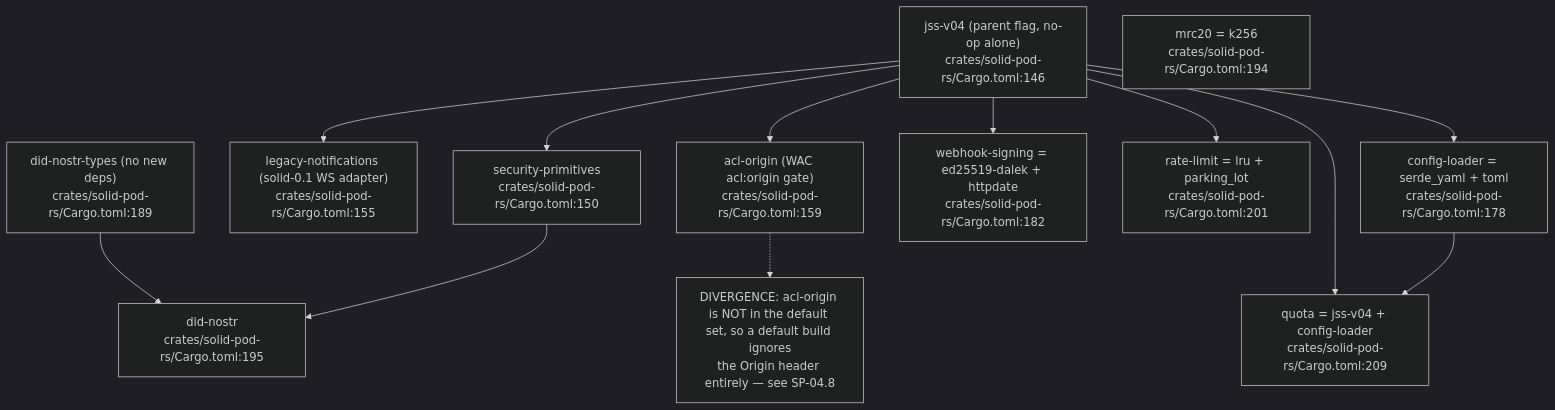
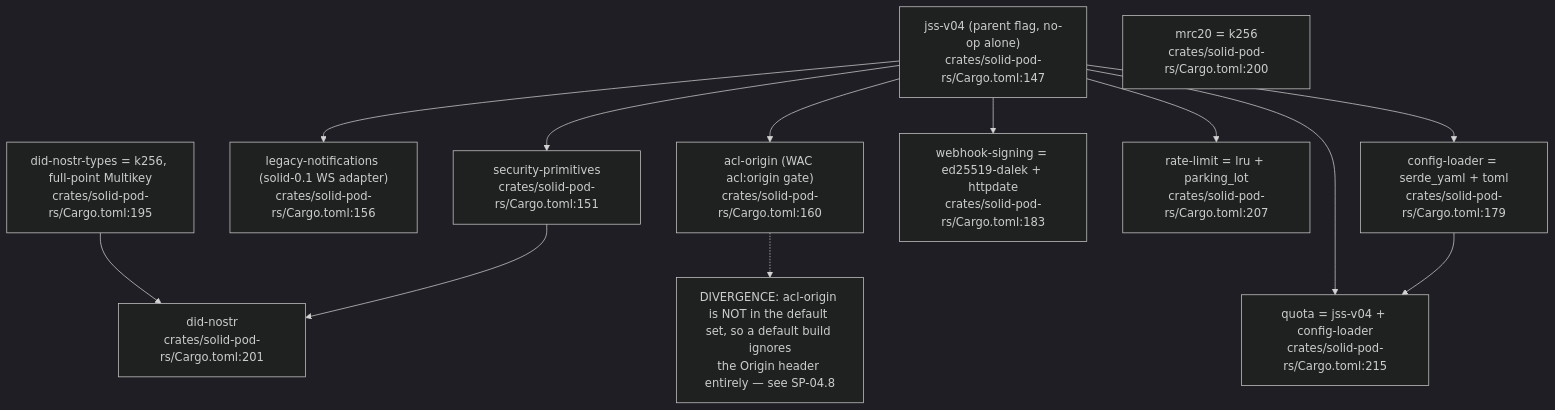
The fifth of 12 diagrams in docs/diagrams/solid-pod-rs/01-workspace-composition.md (DreamLab-AI/VisionFlow), drawn with Mermaid (dark theme) before and after one commit. The commit also changed other lines of this file and 94 other files, not shown here.

First line of the commit message:
docs(diagrams): re-verify 130 topics against 2 October HEADs

````diff
--- a/docs/diagrams/solid-pod-rs/01-workspace-composition.md
+++ b/docs/diagrams/solid-pod-rs/01-workspace-composition.md
@@ -155,28 +158,28 @@
 ```mermaid
 flowchart TD
-    JSS["jss-v04 (parent flag, no-op alone)<br/>crates/solid-pod-rs/Cargo.toml:146"]
-    SP["security-primitives<br/>crates/solid-pod-rs/Cargo.toml:150"]
-    LEG["legacy-notifications (solid-0.1 WS adapter)<br/>crates/solid-pod-rs/Cargo.toml:155"]
-    ORG["acl-origin (WAC acl:origin gate)<br/>crates/solid-pod-rs/Cargo.toml:159"]
-    CFGL["config-loader = serde_yaml + toml<br/>crates/solid-pod-rs/Cargo.toml:178"]
-    WHS["webhook-signing = ed25519-dalek + httpdate<br/>crates/solid-pod-rs/Cargo.toml:182"]
-    RL["rate-limit = lru + parking_lot<br/>crates/solid-pod-rs/Cargo.toml:201"]
-    QU["quota = jss-v04 + config-loader<br/>crates/solid-pod-rs/Cargo.toml:209"]
-    DNT["did-nostr-types (no new deps)<br/>crates/solid-pod-rs/Cargo.toml:189"]
-    MR["mrc20 = k256<br/>crates/solid-pod-rs/Cargo.toml:194"]
-    DN["did-nostr<br/>crates/solid-pod-rs/Cargo.toml:195"]
+    JSS["jss-v04 (parent flag, no-op alone)<br/>crates/solid-pod-rs/Cargo.toml:147"]
+    SP["security-primitives<br/>crates/solid-pod-rs/Cargo.toml:151"]
+    LEG["legacy-notifications (solid-0.1 WS adapter)<br/>crates/solid-pod-rs/Cargo.toml:156"]
+    ORG["acl-origin (WAC acl:origin gate)<br/>crates/solid-pod-rs/Cargo.toml:160"]
+    CFGL["config-loader = serde_yaml + toml<br/>crates/solid-pod-rs/Cargo.toml:179"]
+    WHS["webhook-signing = ed25519-dalek + httpdate<br/>crates/solid-pod-rs/Cargo.toml:183"]
+    RL["rate-limit = lru + parking_lot<br/>crates/solid-pod-rs/Cargo.toml:207"]
+    QU["quota = jss-v04 + config-loader<br/>crates/solid-pod-rs/Cargo.toml:215"]
+    DNT["did-nostr-types = k256, full-point Multikey<br/>crates/solid-pod-rs/Cargo.toml:195"]
+    MR["mrc20 = k256<br/>crates/solid-pod-rs/Cargo.toml:200"]
+    DN["did-nostr<br/>crates/solid-pod-rs/Cargo.toml:201"]
 
     JSS --> SP
     JSS --> LEG
     JSS --> ORG
     JSS --> CFGL
     JSS --> WHS
     JSS --> RL
     JSS --> QU
     CFGL --> QU
     DNT --> DN
     SP --> DN
 
     O1["DIVERGENCE: acl-origin is NOT in the default set, so a default build ignores<br/>the Origin header entirely — see SP-04.8"]
     ORG -.-> O1
 ```
````
